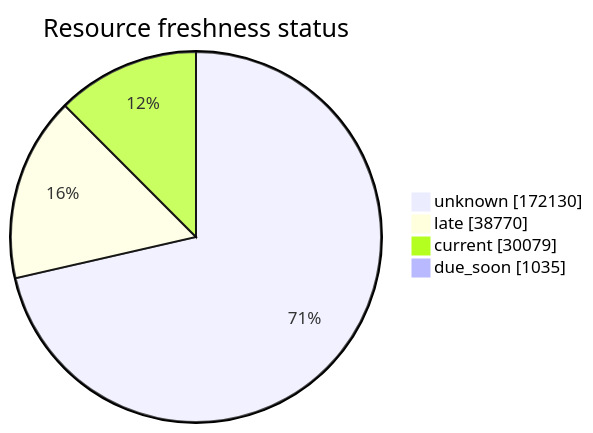
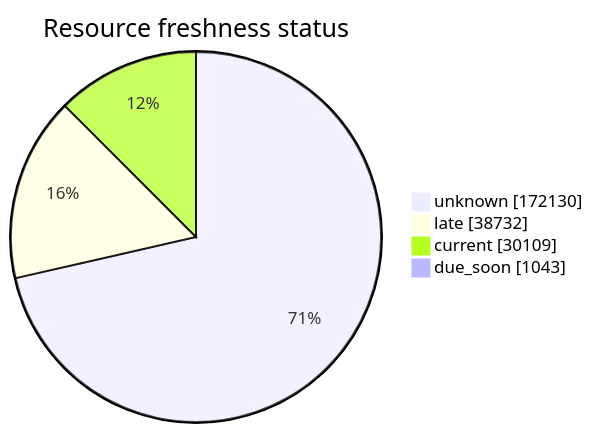
One commit to open-data/analytics-corporate-reporting changed the third of 5 diagrams in FreshCheck/README.md. Above: the diagram before and after it, drawn with Mermaid. The commit also changed other lines of this file and 3 other files, not shown here.

````diff
--- a/FreshCheck/README.md
+++ b/FreshCheck/README.md
@@ -77,7 +77,7 @@
 ```mermaid
 pie showData title Resource freshness status
     "unknown": 172130
-    "late": 38770
-    "current": 30079
-    "due_soon": 1035
+    "late": 38732
+    "current": 30109
+    "due_soon": 1043
 ```
````
